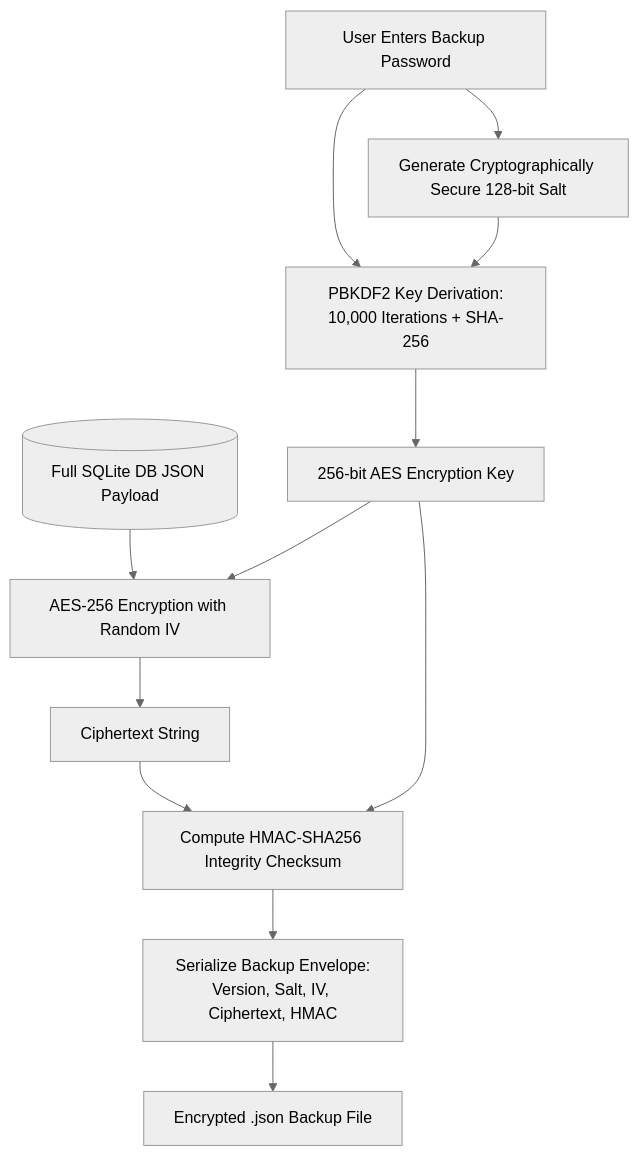
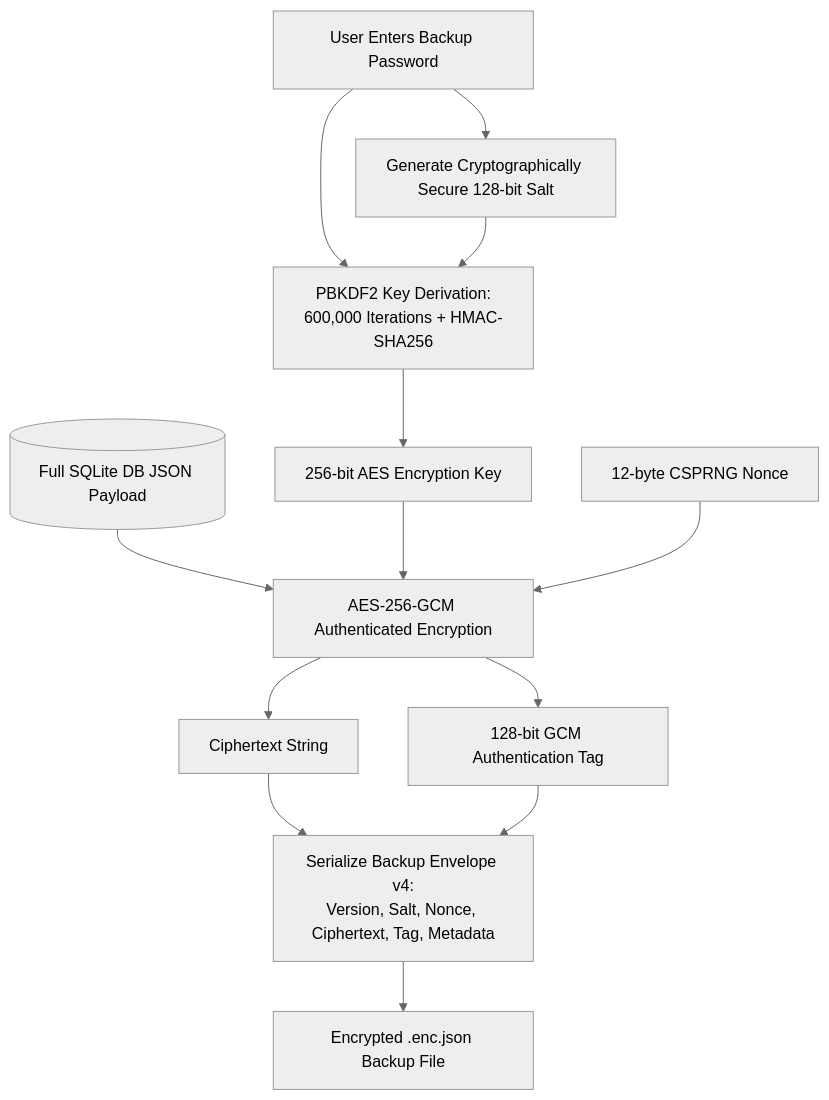
Before and after one commit to igjitendra/Vivah: the diagram in docs/PRIVACY_SECURITY.md, drawn with Mermaid (neutral theme). The commit also changed other lines of this file and 32 other files, not shown here.

````diff
--- a/docs/PRIVACY_SECURITY.md
+++ b/docs/PRIVACY_SECURITY.md
@@ -42,17 +42,18 @@
 ```mermaid
 flowchart TD
     Pass[User Enters Backup Password] --> Salt[Generate Cryptographically Secure 128-bit Salt]
-    Pass --> PBKDF2[PBKDF2 Key Derivation:\n10,000 Iterations + SHA-256]
+    Pass --> PBKDF2[PBKDF2 Key Derivation:\n600,000 Iterations + HMAC-SHA256]
     Salt --> PBKDF2
     PBKDF2 --> Key[256-bit AES Encryption Key]
     
-    Data[(Full SQLite DB JSON Payload)] --> Encrypt[AES-256 Encryption with Random IV]
+    Data[(Full SQLite DB JSON Payload)] --> Encrypt[AES-256-GCM Authenticated Encryption]
     Key --> Encrypt
+    Nonce[12-byte CSPRNG Nonce] --> Encrypt
     
     Encrypt --> Cipher[Ciphertext String]
-    Cipher --> HMAC[Compute HMAC-SHA256 Integrity Checksum]
-    Key --> HMAC
+    Encrypt --> Tag[128-bit GCM Authentication Tag]
     
-    HMAC --> Pack[Serialize Backup Envelope:\nVersion, Salt, IV, Ciphertext, HMAC]
-    Pack --> File[Encrypted .json Backup File]
+    Cipher --> Pack[Serialize Backup Envelope v4:\nVersion, Salt, Nonce, Ciphertext, Tag, Metadata]
+    Tag --> Pack
+    Pack --> File[Encrypted .enc.json Backup File]
 ```
````
